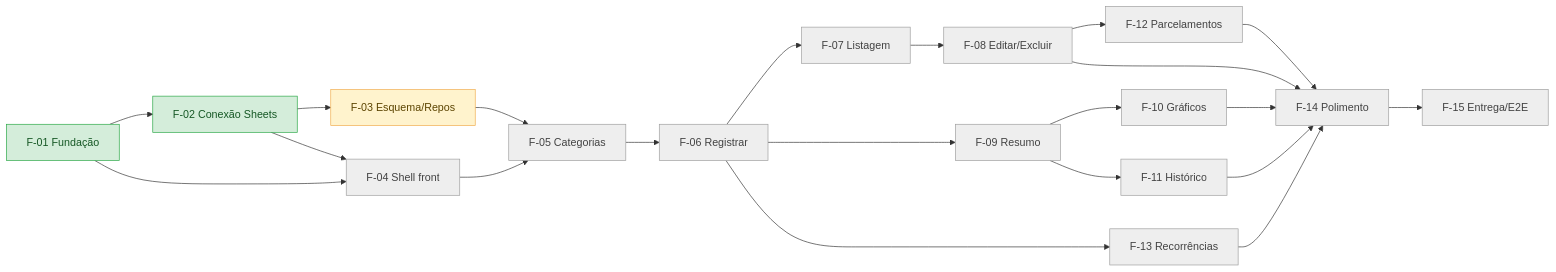
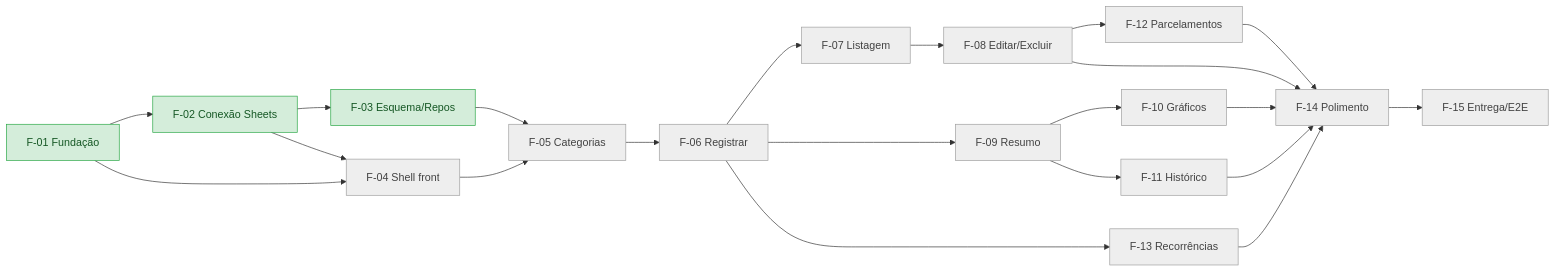
The diagram in SPECS/05-acompanhamento.md (Pedrohcs/PlanilhaFinanceira), drawn with Mermaid before and after one commit. The commit also changed other lines of this file and 21 other files, not shown here.

````diff
--- a/SPECS/05-acompanhamento.md
+++ b/SPECS/05-acompanhamento.md
@@ -64,24 +64,23 @@
 ```mermaid
 flowchart LR
     F01[F-01 Fundação] --> F02[F-02 Conexão Sheets] --> F03[F-03 Esquema/Repos]
     F01 --> F04[F-04 Shell front]
     F02 --> F04
     F03 --> F05[F-05 Categorias]
     F04 --> F05
     F05 --> F06[F-06 Registrar]
     F06 --> F07[F-07 Listagem] --> F08[F-08 Editar/Excluir]
     F06 --> F09[F-09 Resumo]
     F09 --> F10[F-10 Gráficos]
     F09 --> F11[F-11 Histórico]
     F08 --> F12[F-12 Parcelamentos]
     F06 --> F13[F-13 Recorrências]
     F08 & F10 & F11 & F12 & F13 --> F14[F-14 Polimento]
     F14 --> F15[F-15 Entrega/E2E]
 
     classDef naoIniciada fill:#eeeeee,stroke:#9e9e9e,color:#424242;
     classDef iniciada fill:#fff3cd,stroke:#f0ad4e,color:#5c4400;
     classDef concluida fill:#d4edda,stroke:#28a745,color:#155724;
     class F04,F05,F06,F07,F08,F09,F10,F11,F12,F13,F14,F15 naoIniciada;
-    class F03 iniciada;
-    class F01,F02 concluida;
+    class F01,F02,F03 concluida;
 ```
````
